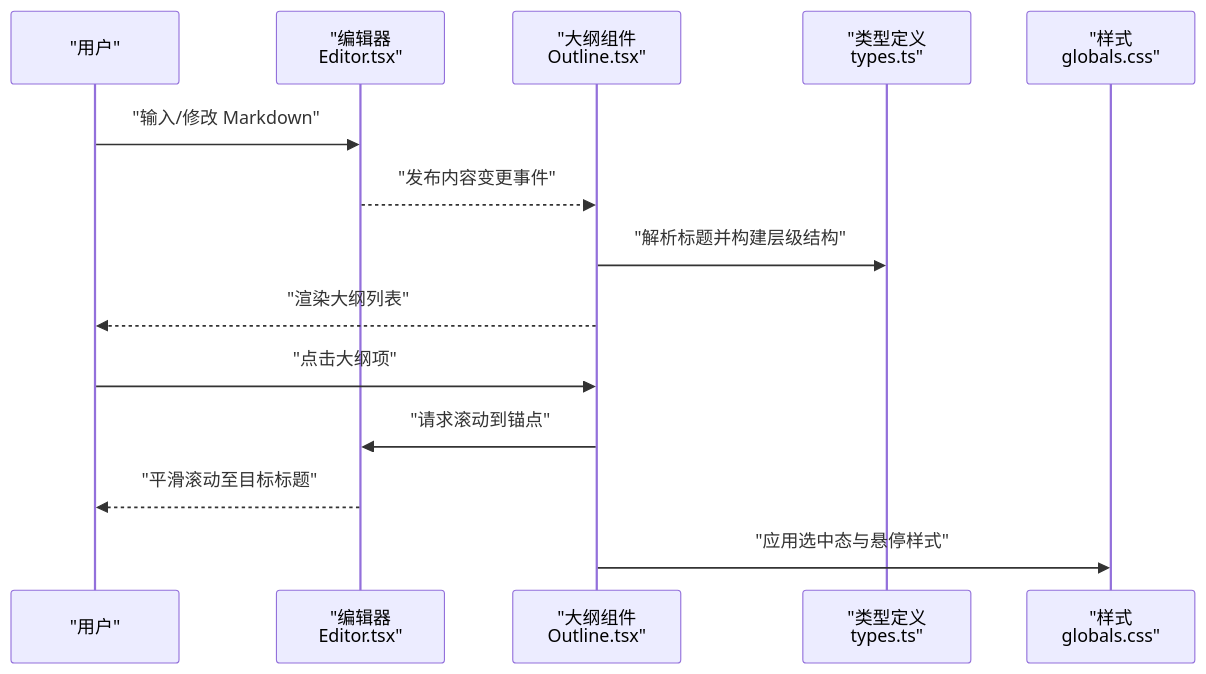
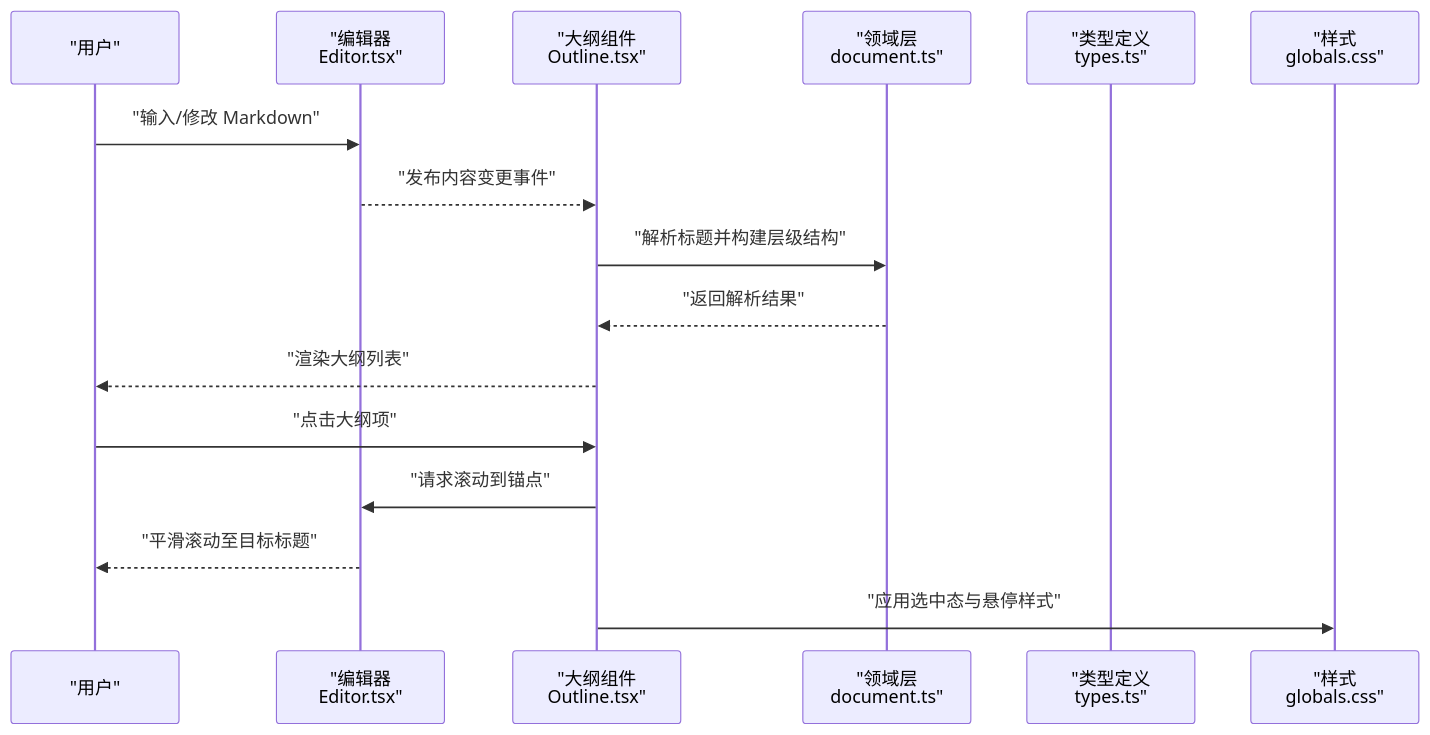
One commit to gongshiyun/ZenNote changed the second of 10 diagrams in .qoder/repowiki/zh/content/核心组件/大纲组件.md. Above: the diagram before and after it, drawn with Mermaid. The commit also changed other lines of this file and 88 other files, not shown here.

````diff
--- a/.qoder/repowiki/zh/content/核心组件/大纲组件.md
+++ b/.qoder/repowiki/zh/content/核心组件/大纲组件.md
@@ -73,16 +92,18 @@
 ```mermaid
 sequenceDiagram
 participant U as "用户"
 participant E as "编辑器<br/>Editor.tsx"
 participant O as "大纲组件<br/>Outline.tsx"
+participant D as "领域层<br/>document.ts"
 participant T as "类型定义<br/>types.ts"
 participant S as "样式<br/>globals.css"
 U->>E : "输入/修改 Markdown"
 E-->>O : "发布内容变更事件"
-O->>T : "解析标题并构建层级结构"
+O->>D : "解析标题并构建层级结构"
+D-->>O : "返回解析结果"
 O-->>U : "渲染大纲列表"
 U->>O : "点击大纲项"
 O->>E : "请求滚动到锚点"
 E-->>U : "平滑滚动至目标标题"
 O->>S : "应用选中态与悬停样式"
 ```
````
